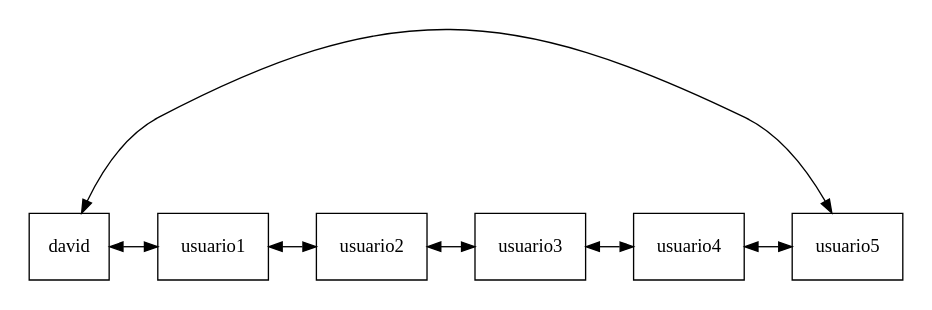
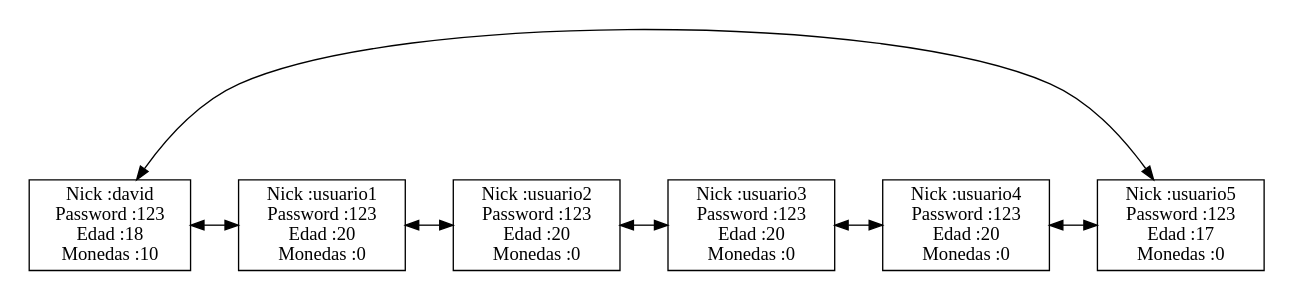
Before and after one commit to davidjr01/-EDD_2S-BatallaNaval_-201801106: the diagram in Fase_1/Reportes/ListaUsuarios.dot, drawn with Graphviz. The commit also changed 17 other files, not shown here.

```diff
--- a/Fase_1/Reportes/ListaUsuarios.dot
+++ b/Fase_1/Reportes/ListaUsuarios.dot
@@ -1,18 +1,36 @@
 digraph G {
 node[shape = box,width=0.7,height=0.7,fillcolor="white" color="black"  ]
 graph [ nodesep="0.5"]
 graph [pad="0.2", nodesep="0.5", ranksep="2"]
-Nodo1[label=" david"]
-Nodo2[label=" usuario1"]
-Nodo3[label=" usuario2"]
-Nodo4[label=" usuario3"]
-Nodo5[label=" usuario4"]
-Nodo6[label=" usuario5"]
+Nodo1[label=" Nick :david
+Password :123
+Edad :18
+Monedas :10"]
+Nodo2[label=" Nick :usuario1
+Password :123
+Edad :20
+Monedas :0"]
+Nodo3[label=" Nick :usuario2
+Password :123
+Edad :20
+Monedas :0"]
+Nodo4[label=" Nick :usuario3
+Password :123
+Edad :20
+Monedas :0"]
+Nodo5[label=" Nick :usuario4
+Password :123
+Edad :20
+Monedas :0"]
+Nodo6[label=" Nick :usuario5
+Password :123
+Edad :17
+Monedas :0"]
 edge[ dir="both"]; 
 {rank = same;
 Nodo1->Nodo2->Nodo3->Nodo4->Nodo5->Nodo6->Nodo1
 
 }
  edge[dir="forward"]; 
 
 }
```
